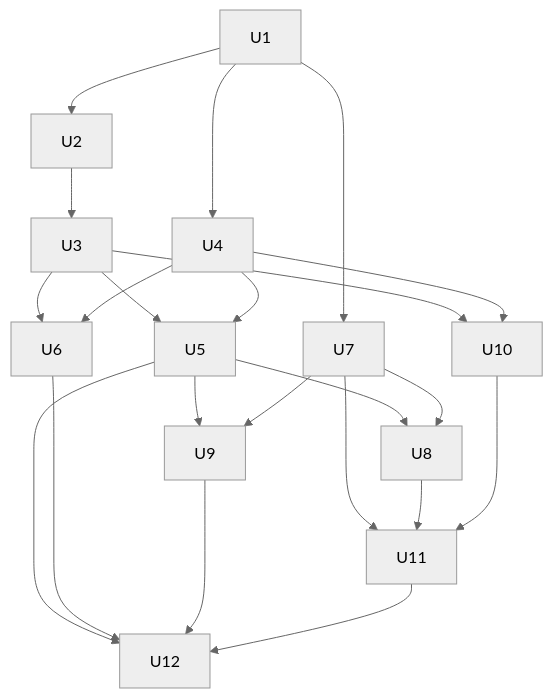
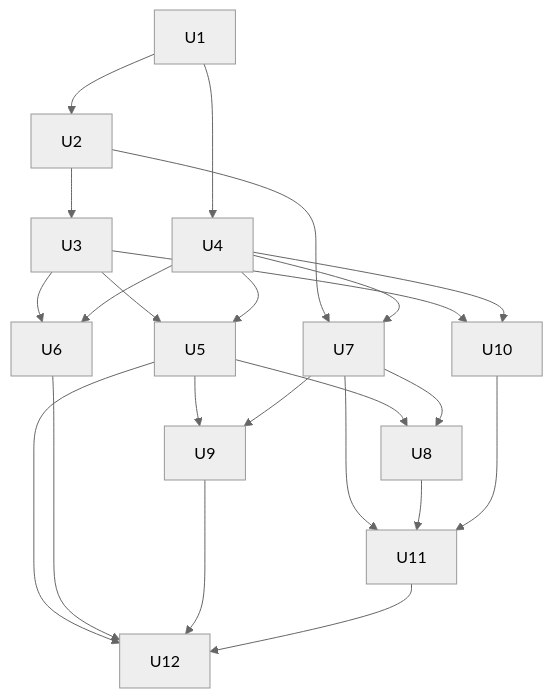
The fourth of 4 diagrams in docs/plans/2026-09-26-2137-feat-vintry-wine-cellar-app-plan.md (ysheng1120/Vintry), drawn with Mermaid (neutral theme) before and after one commit. The commit also changed other lines of this file, not shown here.

````diff
--- a/docs/plans/2026-09-26-2137-feat-vintry-wine-cellar-app-plan.md
+++ b/docs/plans/2026-09-26-2137-feat-vintry-wine-cellar-app-plan.md
@@ -237,23 +237,24 @@
 ```mermaid
 flowchart TB
   U1 --> U2 --> U3
   U1 --> U4
-  U1 --> U7
+  U2 --> U7
+  U4 --> U7
   U3 --> U5
   U4 --> U5
   U3 --> U6
   U4 --> U6
   U5 --> U8
   U7 --> U8
   U3 --> U10
   U4 --> U10
   U5 --> U9
   U7 --> U9
   U7 --> U11
   U8 --> U11
   U10 --> U11
   U5 --> U12
   U6 --> U12
   U9 --> U12
   U11 --> U12
 ```
````
